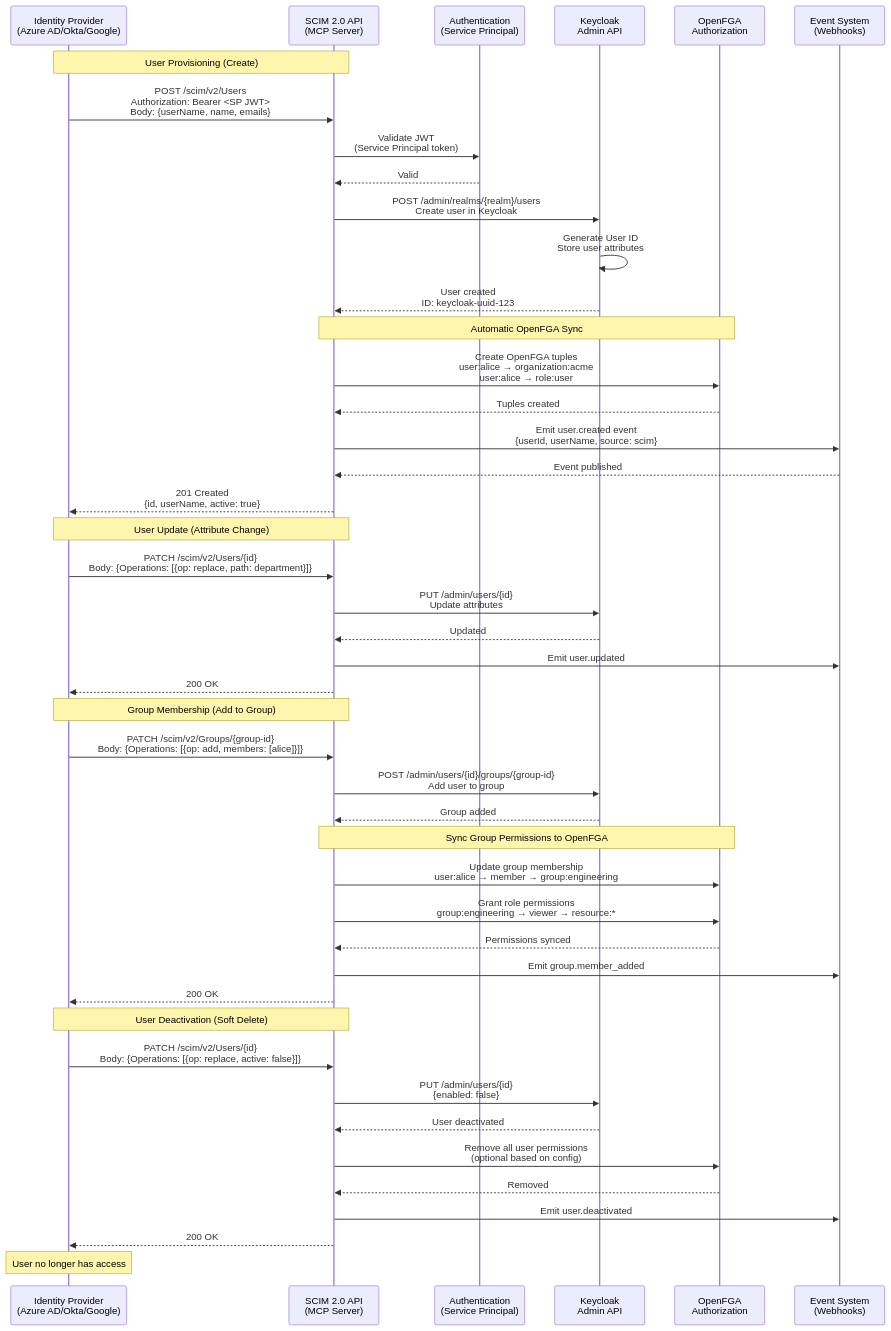
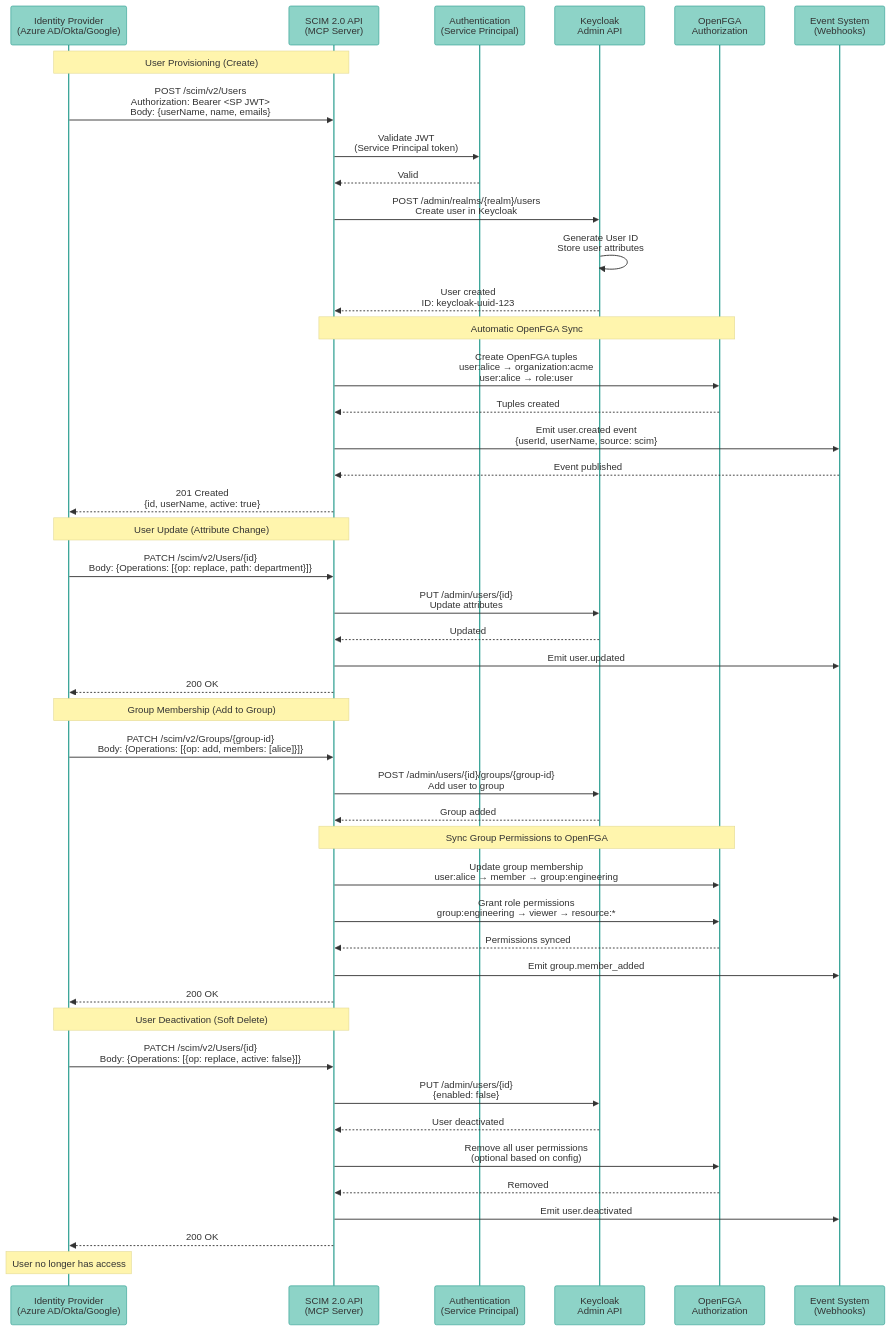
Before and after one commit to vishnu2kmohan/mcp-server-langgraph: the first of 2 diagrams in docs/architecture/adr-0038-scim-implementation.mdx, drawn with Mermaid. The commit also changed other lines of this file and 24 other files, not shown here.

````diff
--- a/docs/architecture/adr-0038-scim-implementation.mdx
+++ b/docs/architecture/adr-0038-scim-implementation.mdx
@@ -43,61 +43,62 @@
 ```mermaid
 sequenceDiagram
+    %%{init: {'theme':'base', 'themeVariables': { 'primaryColor':'#8dd3c7','primaryTextColor':'#333','primaryBorderColor':'#2a9d8f','lineColor':'#fb8072','secondaryColor':'#fdb462','tertiaryColor':'#b3de69'}}}%%
     participant IDP as Identity Provider<br/>(Azure AD/Okta/Google)
     participant SCIM as SCIM 2.0 API<br/>(MCP Server)
     participant Auth as Authentication<br/>(Service Principal)
     participant KC as Keycloak<br/>Admin API
     participant FGA as OpenFGA<br/>Authorization
     participant Events as Event System<br/>(Webhooks)
 
     Note over IDP,SCIM: User Provisioning (Create)
     IDP->>SCIM: POST /scim/v2/Users<br/>Authorization: Bearer <SP JWT><br/>Body: {userName, name, emails}
     SCIM->>Auth: Validate JWT<br/>(Service Principal token)
     Auth-->>SCIM: Valid
 
     SCIM->>KC: POST /admin/realms/{realm}/users<br/>Create user in Keycloak
     KC->>KC: Generate User ID<br/>Store user attributes
     KC-->>SCIM: User created<br/>ID: keycloak-uuid-123
 
     Note over SCIM,FGA: Automatic OpenFGA Sync
     SCIM->>FGA: Create OpenFGA tuples<br/>user:alice → organization:acme<br/>user:alice → role:user
     FGA-->>SCIM: Tuples created
 
     SCIM->>Events: Emit user.created event<br/>{userId, userName, source: scim}
     Events-->>SCIM: Event published
 
     SCIM-->>IDP: 201 Created<br/>{id, userName, active: true}
 
     Note over IDP,SCIM: User Update (Attribute Change)
     IDP->>SCIM: PATCH /scim/v2/Users/{id}<br/>Body: {Operations: [{op: replace, path: department}]}
     SCIM->>KC: PUT /admin/users/{id}<br/>Update attributes
     KC-->>SCIM: Updated
     SCIM->>Events: Emit user.updated
     SCIM-->>IDP: 200 OK
 
     Note over IDP,SCIM: Group Membership (Add to Group)
     IDP->>SCIM: PATCH /scim/v2/Groups/{group-id}<br/>Body: {Operations: [{op: add, members: [alice]}]}
     SCIM->>KC: POST /admin/users/{id}/groups/{group-id}<br/>Add user to group
     KC-->>SCIM: Group added
 
     Note over SCIM,FGA: Sync Group Permissions to OpenFGA
     SCIM->>FGA: Update group membership<br/>user:alice → member → group:engineering
     SCIM->>FGA: Grant role permissions<br/>group:engineering → viewer → resource:*
     FGA-->>SCIM: Permissions synced
 
     SCIM->>Events: Emit group.member_added
     SCIM-->>IDP: 200 OK
 
     Note over IDP,SCIM: User Deactivation (Soft Delete)
     IDP->>SCIM: PATCH /scim/v2/Users/{id}<br/>Body: {Operations: [{op: replace, active: false}]}
     SCIM->>KC: PUT /admin/users/{id}<br/>{enabled: false}
     KC-->>SCIM: User deactivated
 
     SCIM->>FGA: Remove all user permissions<br/>(optional based on config)
     FGA-->>SCIM: Removed
 
     SCIM->>Events: Emit user.deactivated
     SCIM-->>IDP: 200 OK
 
     Note over IDP: User no longer has access
 
 ```
````
